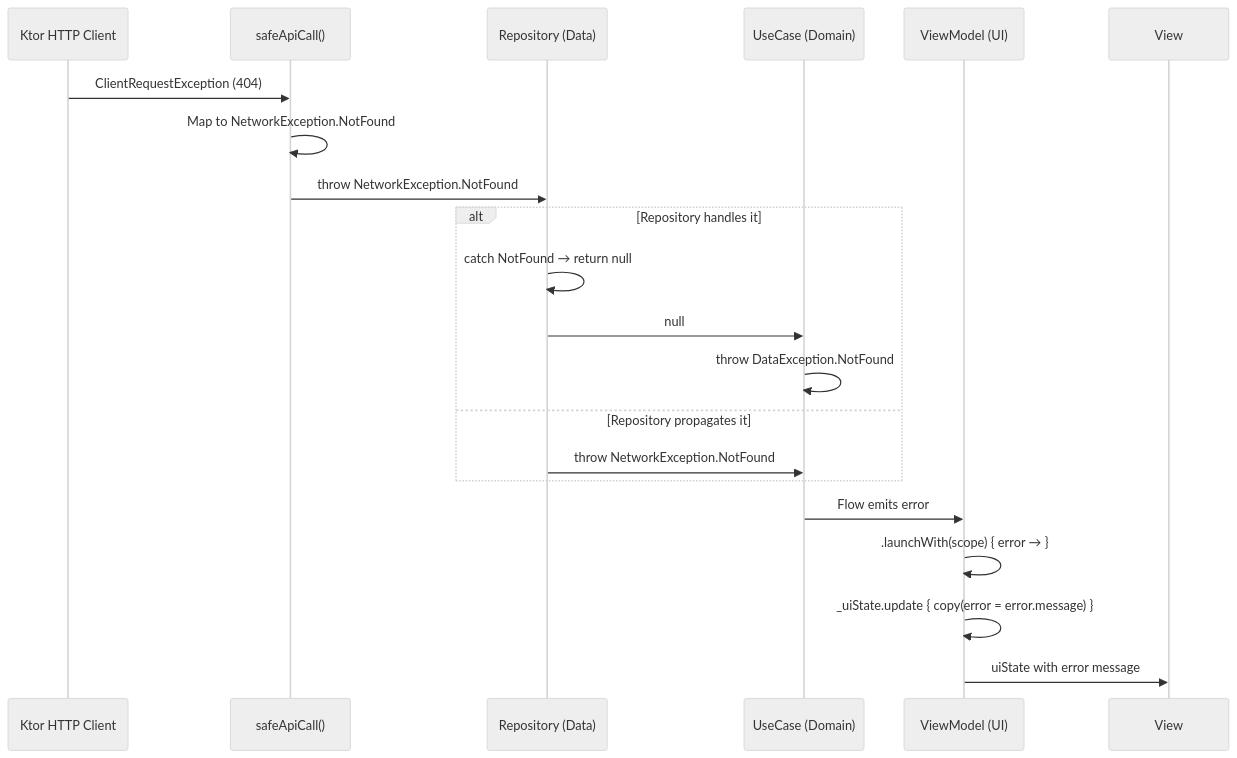
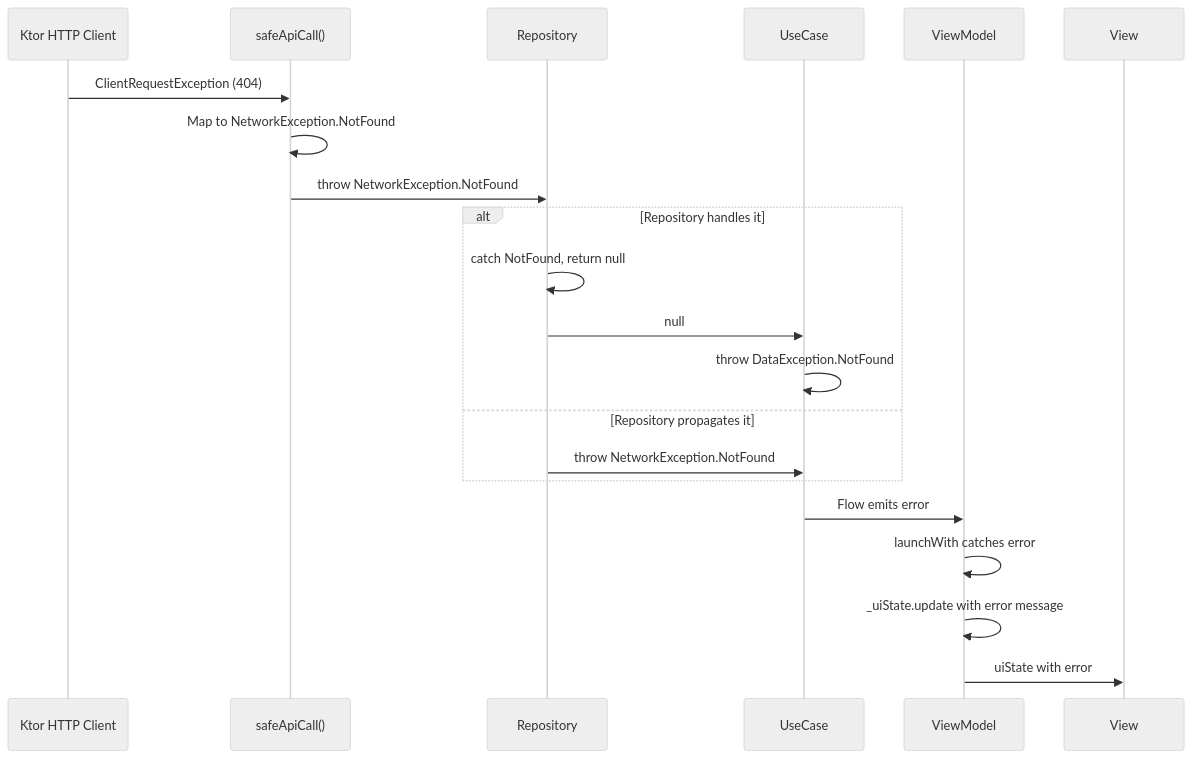
Before and after one commit to Ashanen/Castociasto: the eighth of 10 diagrams in README.md, drawn with Mermaid (neutral theme). The commit also changed other lines of this file, not shown here.

````diff
--- a/README.md
+++ b/README.md
@@ -435,26 +431,26 @@
 ```mermaid
 sequenceDiagram
     participant Ktor as Ktor HTTP Client
     participant Safe as safeApiCall()
-    participant Repo as Repository (Data)
-    participant UC as UseCase (Domain)
-    participant VM as ViewModel (UI)
+    participant Repo as Repository
+    participant UC as UseCase
+    participant VM as ViewModel
     participant View as View
 
     Ktor->>Safe: ClientRequestException (404)
     Safe->>Safe: Map to NetworkException.NotFound
     Safe->>Repo: throw NetworkException.NotFound
 
     alt Repository handles it
-        Repo->>Repo: catch NotFound → return null
+        Repo->>Repo: catch NotFound, return null
         Repo->>UC: null
         UC->>UC: throw DataException.NotFound
     else Repository propagates it
         Repo->>UC: throw NetworkException.NotFound
     end
 
     UC->>VM: Flow emits error
-    VM->>VM: .launchWith(scope) { error → }
-    VM->>VM: _uiState.update { copy(error = error.message) }
-    VM->>View: uiState with error message
+    VM->>VM: launchWith catches error
+    VM->>VM: _uiState.update with error message
+    VM->>View: uiState with error
 ```
````
